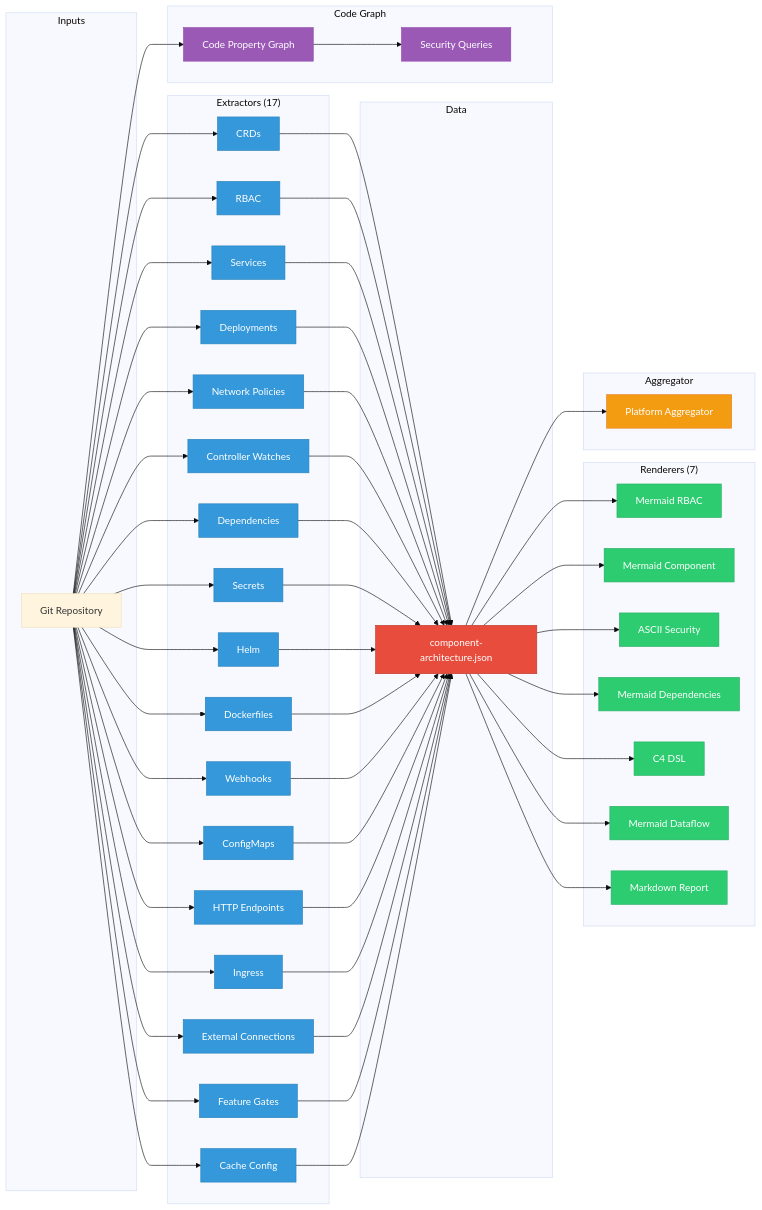
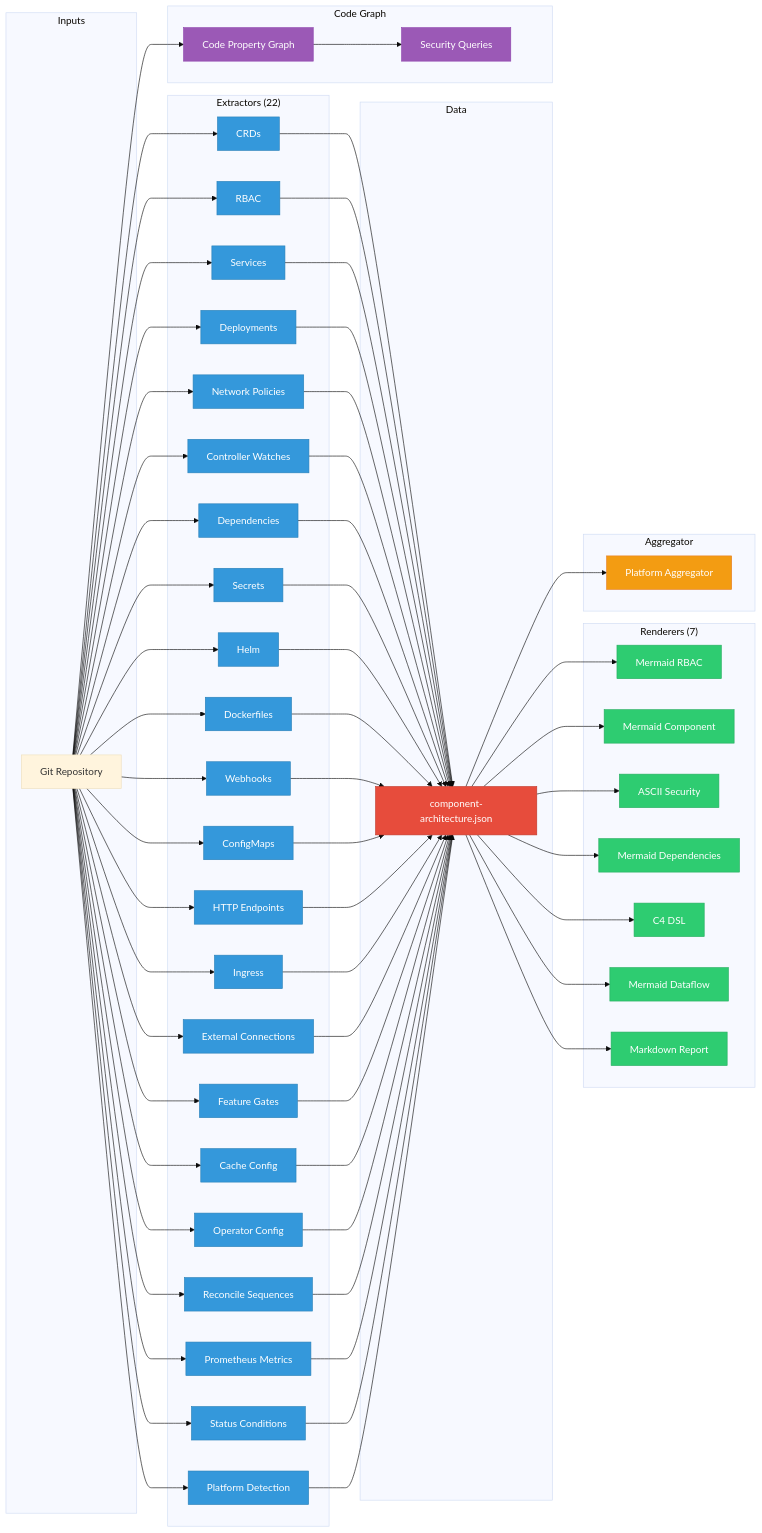
The diagram in README.md (ugiordan/rhoai-architecture-analyzer), drawn with Mermaid (base theme) before and after one commit. The commit also changed other lines of this file and 16 other files, not shown here.

First line of the commit message:
feat: add 5 Go source extractors (operator config, reconcile sequences, prometheus metrics, status conditions, platform detection)

````diff
--- a/README.md
+++ b/README.md
@@ -20,67 +25,72 @@
 ```mermaid
 graph LR
     subgraph Inputs
         REPO[Git Repository]
     end
 
-    subgraph "Extractors (17)"
+    subgraph "Extractors (22)"
         E1[CRDs]
         E2[RBAC]
         E3[Services]
         E4[Deployments]
         E5[Network Policies]
         E6[Controller Watches]
         E7[Dependencies]
         E8[Secrets]
         E9[Helm]
         E10[Dockerfiles]
         E11[Webhooks]
         E12[ConfigMaps]
         E13[HTTP Endpoints]
         E14[Ingress]
         E15[External Connections]
         E16[Feature Gates]
         E17[Cache Config]
+        E18[Operator Config]
+        E19[Reconcile Sequences]
+        E20[Prometheus Metrics]
+        E21[Status Conditions]
+        E22[Platform Detection]
     end
 
     subgraph Data
         JSON[component-architecture.json]
     end
 
     subgraph "Renderers (7)"
         R1[Mermaid RBAC]
         R2[Mermaid Component]
         R3[ASCII Security]
         R4[Mermaid Dependencies]
         R5[C4 DSL]
         R6[Mermaid Dataflow]
         R7[Markdown Report]
     end
 
     subgraph "Code Graph"
         CPG[Code Property Graph]
         SEC[Security Queries]
     end
 
     subgraph Aggregator
         AGG[Platform Aggregator]
     end
 
-    REPO --> E1 & E2 & E3 & E4 & E5 & E6 & E7 & E8 & E9 & E10 & E11 & E12 & E13 & E14 & E15 & E16 & E17
-    E1 & E2 & E3 & E4 & E5 & E6 & E7 & E8 & E9 & E10 & E11 & E12 & E13 & E14 & E15 & E16 & E17 --> JSON
+    REPO --> E1 & E2 & E3 & E4 & E5 & E6 & E7 & E8 & E9 & E10 & E11 & E12 & E13 & E14 & E15 & E16 & E17 & E18 & E19 & E20 & E21 & E22
+    E1 & E2 & E3 & E4 & E5 & E6 & E7 & E8 & E9 & E10 & E11 & E12 & E13 & E14 & E15 & E16 & E17 & E18 & E19 & E20 & E21 & E22 --> JSON
     JSON --> R1 & R2 & R3 & R4 & R5 & R6 & R7
     JSON --> AGG
     REPO --> CPG --> SEC
 
     classDef extractor fill:#3498db,stroke:#2980b9,color:#fff
     classDef renderer fill:#2ecc71,stroke:#27ae60,color:#fff
     classDef data fill:#e74c3c,stroke:#c0392b,color:#fff
     classDef agg fill:#f39c12,stroke:#e67e22,color:#fff
     classDef cpg fill:#9b59b6,stroke:#8e44ad,color:#fff
 
-    class E1,E2,E3,E4,E5,E6,E7,E8,E9,E10,E11,E12,E13,E14,E15,E16,E17 extractor
+    class E1,E2,E3,E4,E5,E6,E7,E8,E9,E10,E11,E12,E13,E14,E15,E16,E17,E18,E19,E20,E21,E22 extractor
     class R1,R2,R3,R4,R5,R6,R7 renderer
     class JSON data
     class AGG agg
     class CPG,SEC cpg
 ```
````
